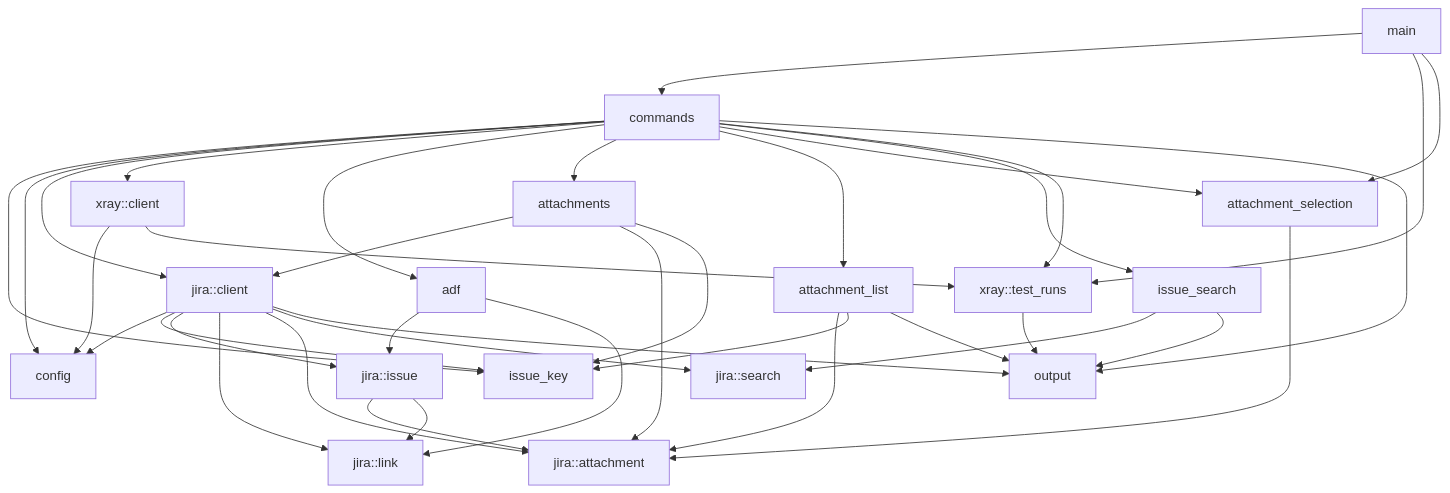
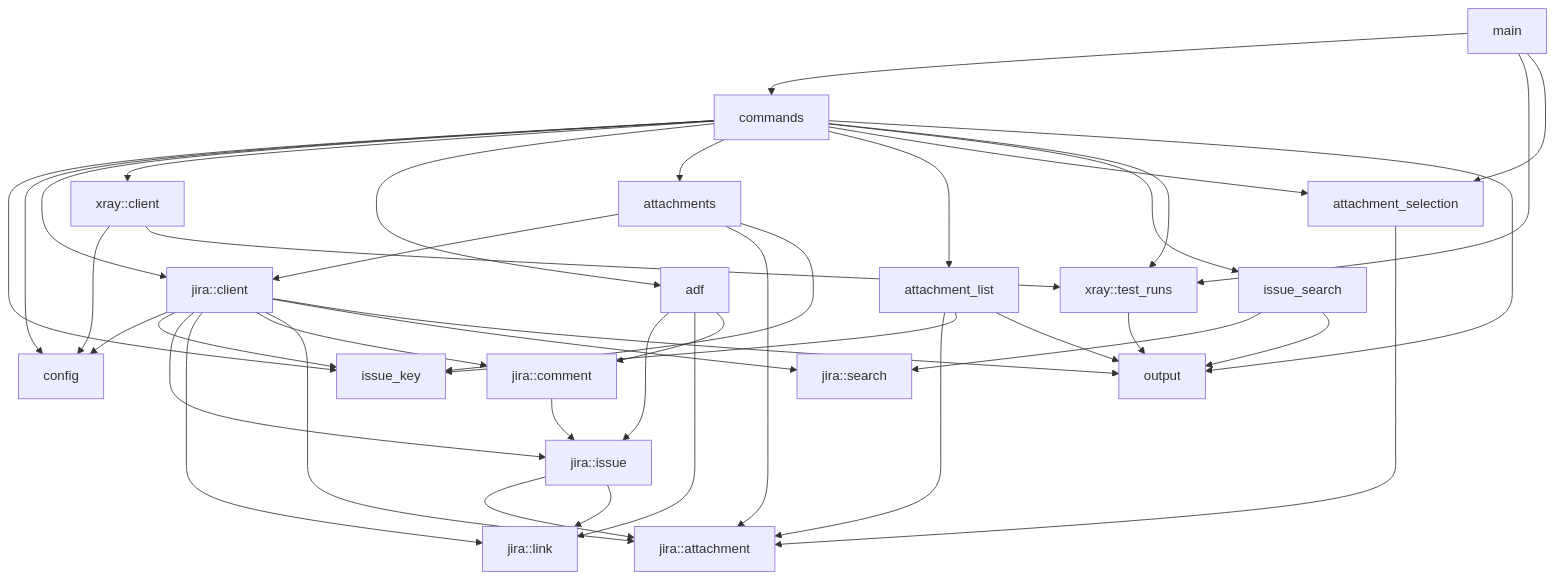
Before and after one commit to remshams/jira-adapter: the second of 2 diagrams in docs/architecture.md, drawn with Mermaid. The commit also changed other lines of this file and 1 other file, not shown here.

First line of the commit message:
docs(Architecture): describe comments in issue read

````diff
--- a/docs/architecture.md
+++ b/docs/architecture.md
@@ -140,40 +145,43 @@
 ```mermaid
 flowchart TD
     Main[main] --> Commands[commands]
     Main --> TestRuns[xray::test_runs]
     Main --> AttachmentSelection[attachment_selection]
     Commands --> IssueKey[issue_key]
     Commands --> Config[config]
     Commands --> JiraClient[jira::client]
     Commands --> XrayClient[xray::client]
     Commands --> Adf[adf]
     Commands --> Attachments[attachments]
     Commands --> AttachmentList[attachment_list]
     Commands --> AttachmentSelection
     Commands --> IssueSearch[issue_search]
     Commands --> TestRuns
     Commands --> Output[output]
     Adf --> JiraModels[jira::issue]
     Adf --> JiraLink[jira::link]
+    Adf --> JiraComment[jira::comment]
     Attachments --> JiraClient
     Attachments --> JiraAttachment[jira::attachment]
     Attachments --> IssueKey
     IssueSearch --> JiraSearch[jira::search]
     AttachmentList --> JiraAttachment
     AttachmentSelection --> JiraAttachment
     AttachmentList --> IssueKey
     AttachmentList --> Output
     IssueSearch --> Output
     JiraClient --> Config
     JiraClient --> IssueKey
     JiraClient --> JiraModels
     JiraModels --> JiraAttachment
     JiraModels --> JiraLink
     JiraClient --> JiraLink
+    JiraClient --> JiraComment
+    JiraComment --> JiraModels
     JiraClient --> JiraAttachment
     JiraClient --> JiraSearch
     JiraClient --> Output
     XrayClient --> Config
     XrayClient --> TestRuns
     TestRuns --> Output
 ```
````
